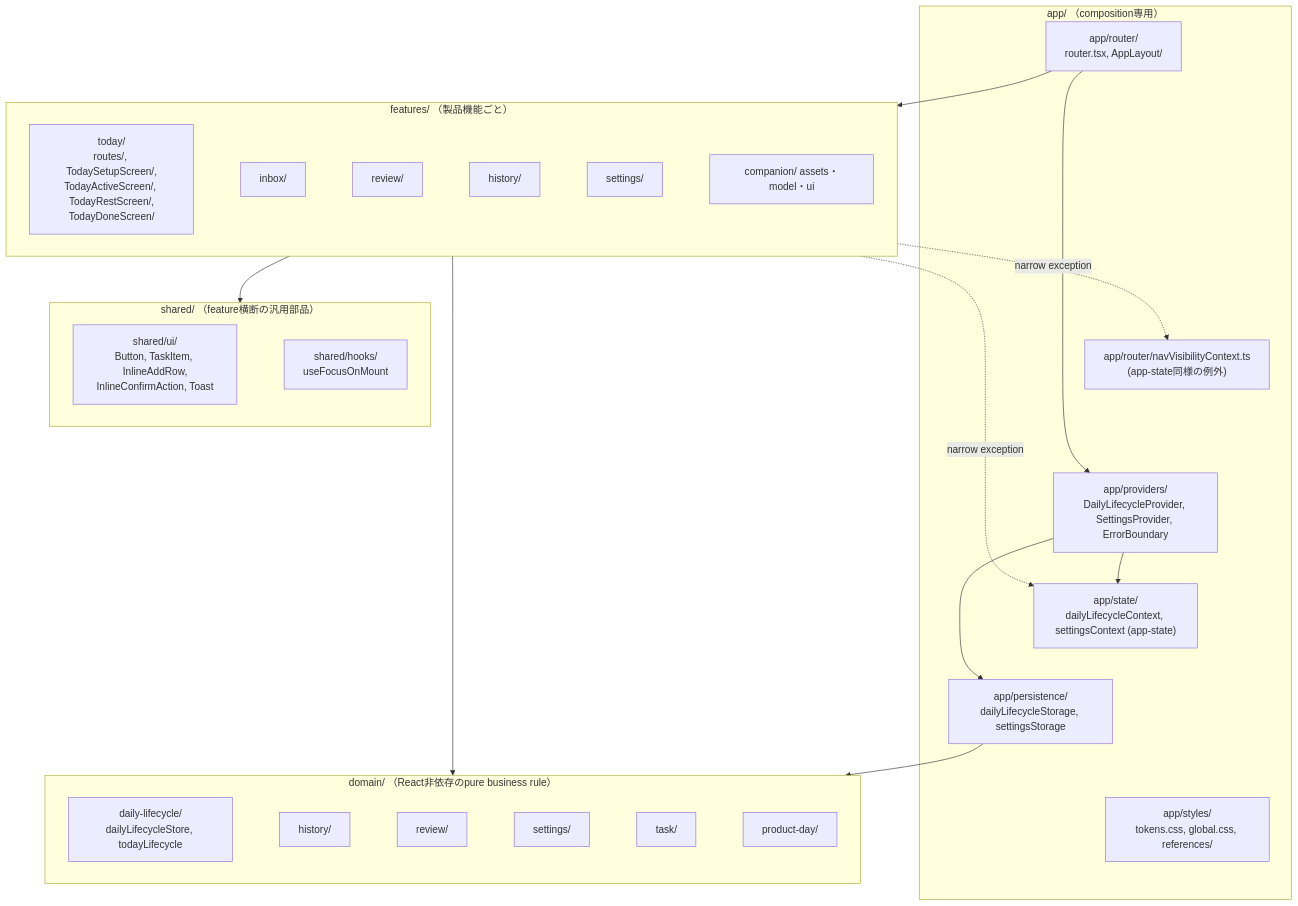
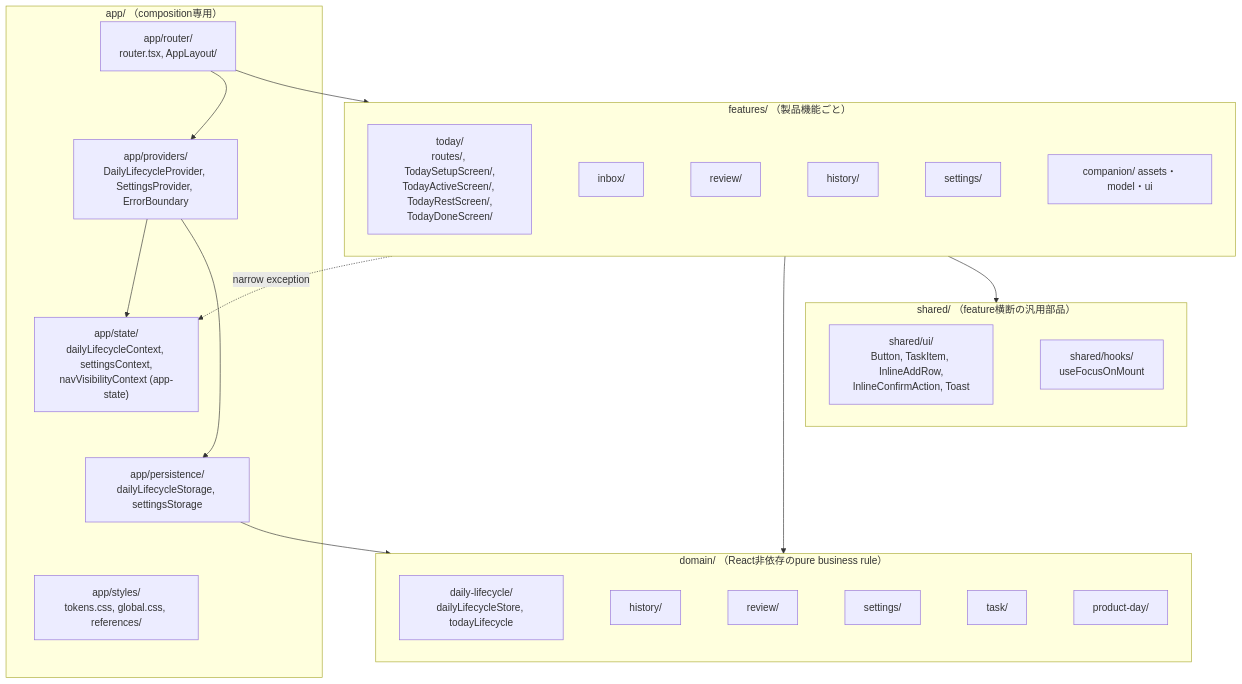
One commit to baco16g/pawgress changed the first of 11 diagrams in docs/architecture.md. Above: the diagram before and after it, drawn with Mermaid. The commit also changed 15 other files, not shown here.

````diff
--- a/docs/architecture.md
+++ b/docs/architecture.md
@@ -55,48 +55,46 @@
 ```mermaid
 graph TD
     subgraph App["app/ （composition専用）"]
         Router["app/router/<br/>router.tsx, AppLayout/"]
-        NavVisibility["app/router/navVisibilityContext.ts<br/>(app-state同様の例外)"]
         Providers["app/providers/<br/>DailyLifecycleProvider, SettingsProvider, ErrorBoundary"]
-        State["app/state/<br/>dailyLifecycleContext, settingsContext (app-state)"]
+        State["app/state/<br/>dailyLifecycleContext, settingsContext,<br/>navVisibilityContext (app-state)"]
         Persistence["app/persistence/<br/>dailyLifecycleStorage, settingsStorage"]
         Styles["app/styles/<br/>tokens.css, global.css, references/"]
-        Router ~~~ NavVisibility ~~~ Providers ~~~ State ~~~ Persistence ~~~ Styles
+        Router ~~~ Providers ~~~ State ~~~ Persistence ~~~ Styles
     end
 
     subgraph Features["features/ （製品機能ごと）"]
         Today["today/<br/>routes/, TodaySetupScreen/,<br/>TodayActiveScreen/, TodayRestScreen/,<br/>TodayDoneScreen/"]
         Inbox["inbox/"]
         Review["review/"]
         History["history/"]
         Settings["settings/"]
         Companion["companion/ assets・model・ui"]
         Today ~~~ Inbox ~~~ Review ~~~ History ~~~ Settings ~~~ Companion
     end
 
     subgraph Domain["domain/ （React非依存のpure business rule）"]
         DailyLifecycle["daily-lifecycle/<br/>dailyLifecycleStore, todayLifecycle"]
         HistoryDomain["history/"]
         ReviewDomain["review/"]
         SettingsDomain["settings/"]
         TaskDomain["task/"]
         ProductDay["product-day/"]
         DailyLifecycle ~~~ HistoryDomain ~~~ ReviewDomain ~~~ SettingsDomain ~~~ TaskDomain ~~~ ProductDay
     end
 
     subgraph Shared["shared/ （feature横断の汎用部品）"]
         UI["shared/ui/<br/>Button, TaskItem, InlineAddRow,<br/>InlineConfirmAction, Toast"]
         Hooks["shared/hooks/<br/>useFocusOnMount"]
         UI ~~~ Hooks
     end
 
     Router --> Providers
     Router --> Features
     Providers --> State
     Providers --> Persistence
     Persistence --> Domain
     Features --> Domain
     Features --> Shared
     Features -. "narrow exception" .-> State
-    Features -. "narrow exception" .-> NavVisibility
 ```
````
